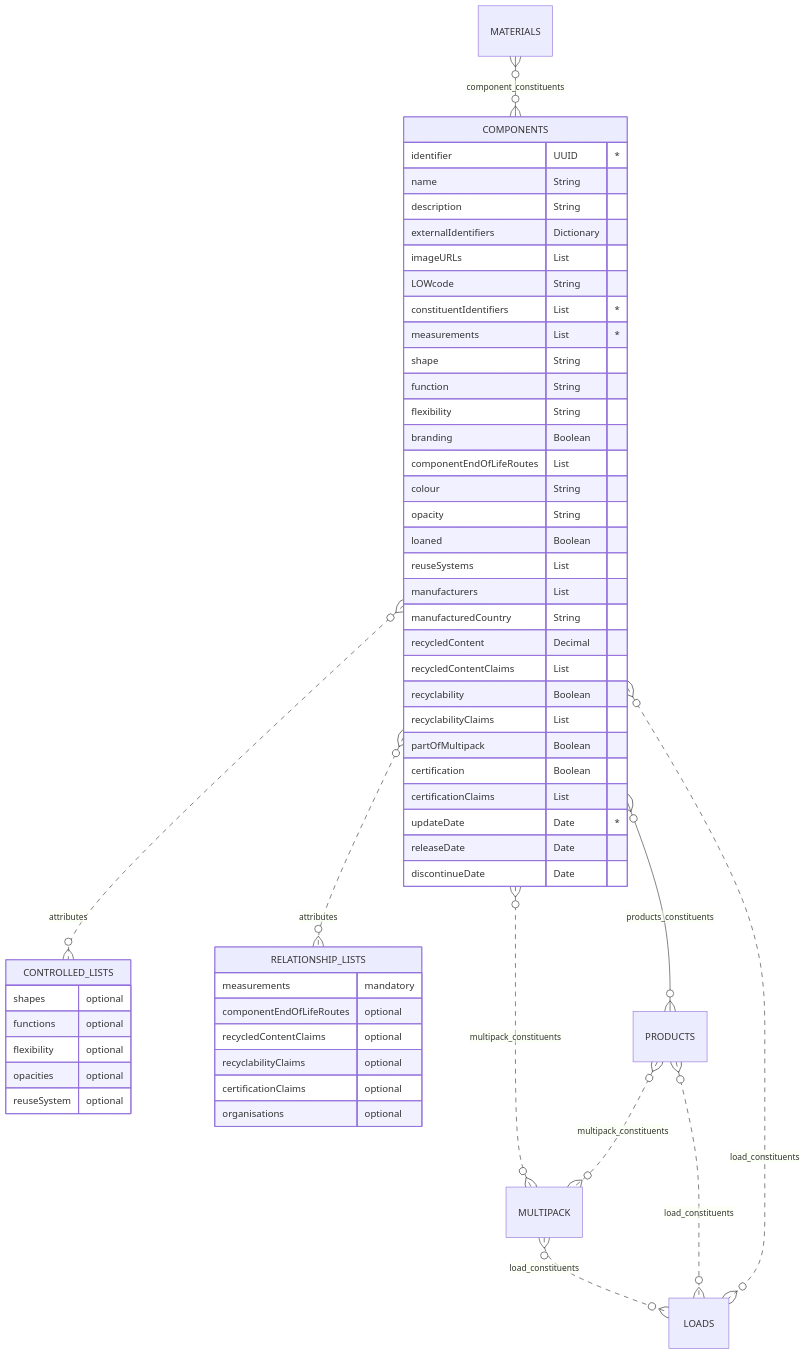
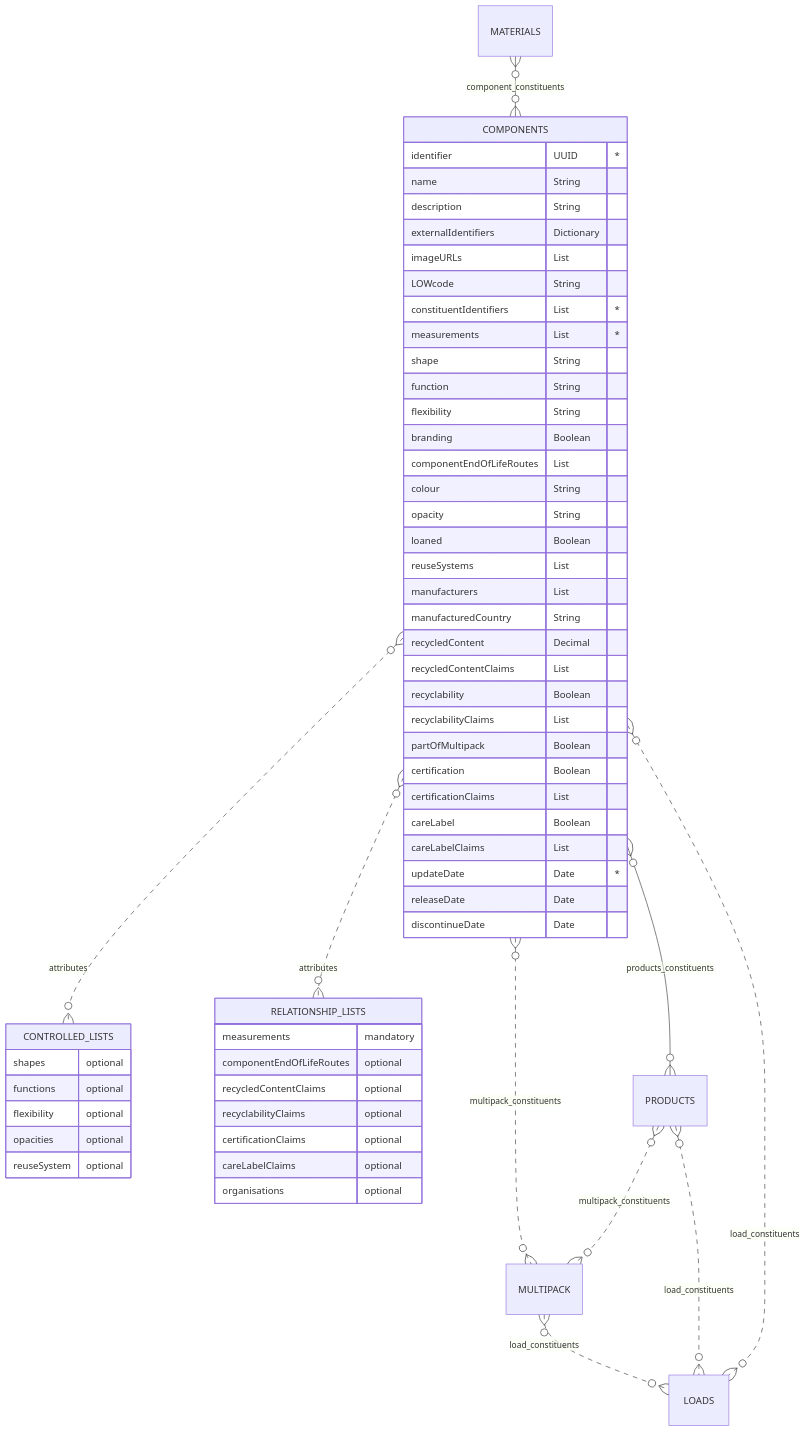
The diagram in docs/schema/components.md (OpenDataManchester/OSTFD), drawn with Mermaid before and after one commit. The commit also changed other lines of this file and 5 other files, not shown here.

````diff
--- a/docs/schema/components.md
+++ b/docs/schema/components.md
@@ -52,58 +54,61 @@
 ``` mermaid
 erDiagram
 MATERIALS }o--o{ COMPONENTS : component_constituents
   COMPONENTS {
     identifier UUID "*"
     name String
     description String
     externalIdentifiers Dictionary
     imageURLs List
     LOWcode String
     constituentIdentifiers List "*"
     measurements List "*"
     shape String
     function String
     flexibility String
     branding Boolean
     componentEndOfLifeRoutes List
     colour String
     opacity String
     loaned Boolean
     reuseSystems List
     manufacturers List
     manufacturedCountry String
     recycledContent Decimal
     recycledContentClaims List
     recyclability Boolean
     recyclabilityClaims List
     partOfMultipack Boolean
     certification Boolean
     certificationClaims List
+    careLabel Boolean
+    careLabelClaims List
     updateDate Date "*"
     releaseDate Date
     discontinueDate Date
   }
   COMPONENTS }o..o{ CONTROLLED_LISTS : attributes
   COMPONENTS }o..o{ RELATIONSHIP_LISTS : attributes
   COMPONENTS }o--o{ PRODUCTS : products_constituents
   COMPONENTS }o..o{ MULTIPACK : multipack_constituents
   MULTIPACK }o..o{ LOADS : load_constituents
   PRODUCTS }o..o{ MULTIPACK : multipack_constituents
   PRODUCTS }o..o{ LOADS : load_constituents
   COMPONENTS }o..o{ LOADS : load_constituents
     CONTROLLED_LISTS {
     shapes optional
     functions optional
     flexibility optional
     opacities optional
     reuseSystem optional
   }
   RELATIONSHIP_LISTS {
     measurements mandatory
     componentEndOfLifeRoutes optional
     recycledContentClaims optional
     recyclabilityClaims optional
     certificationClaims optional
+    careLabelClaims optional
     organisations optional
   }
 ```
````
